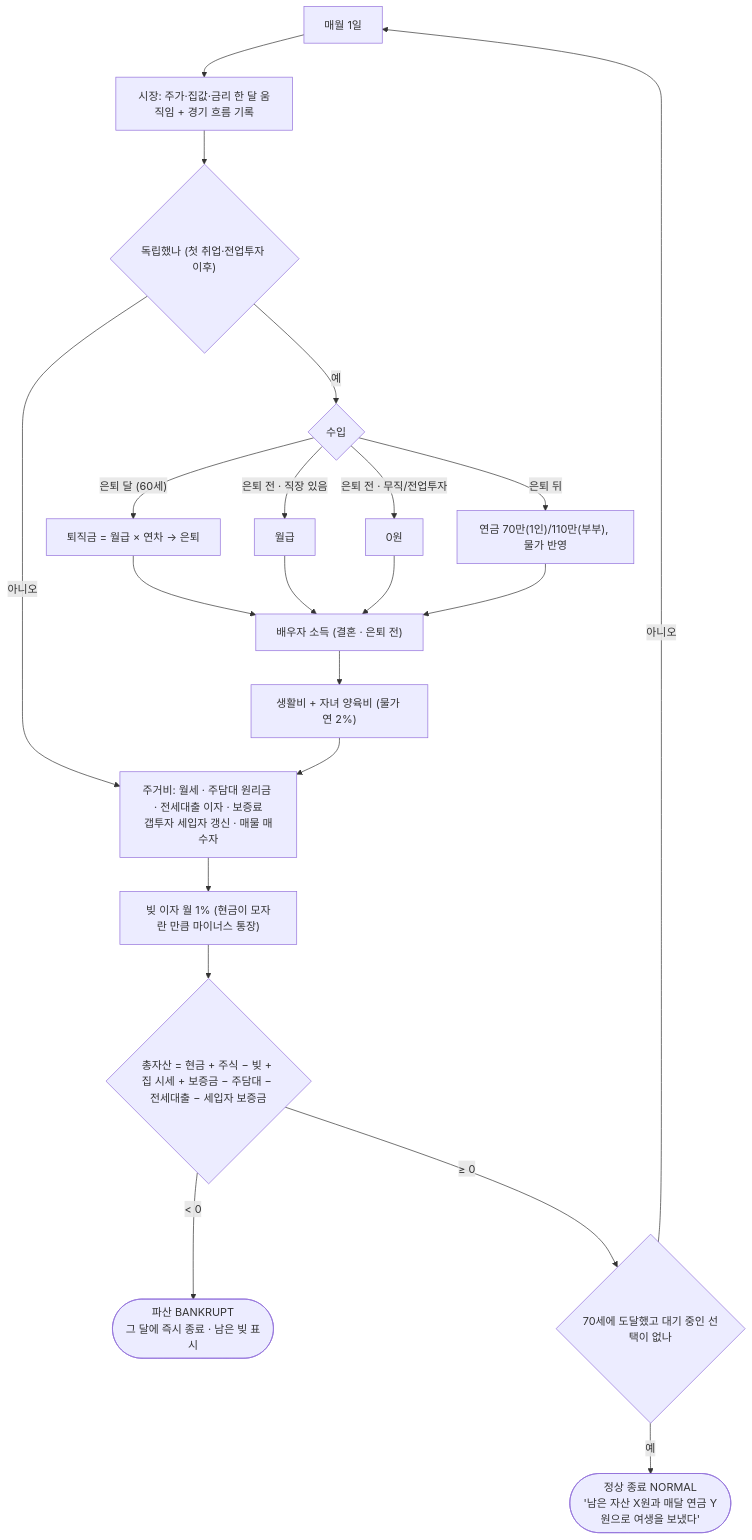
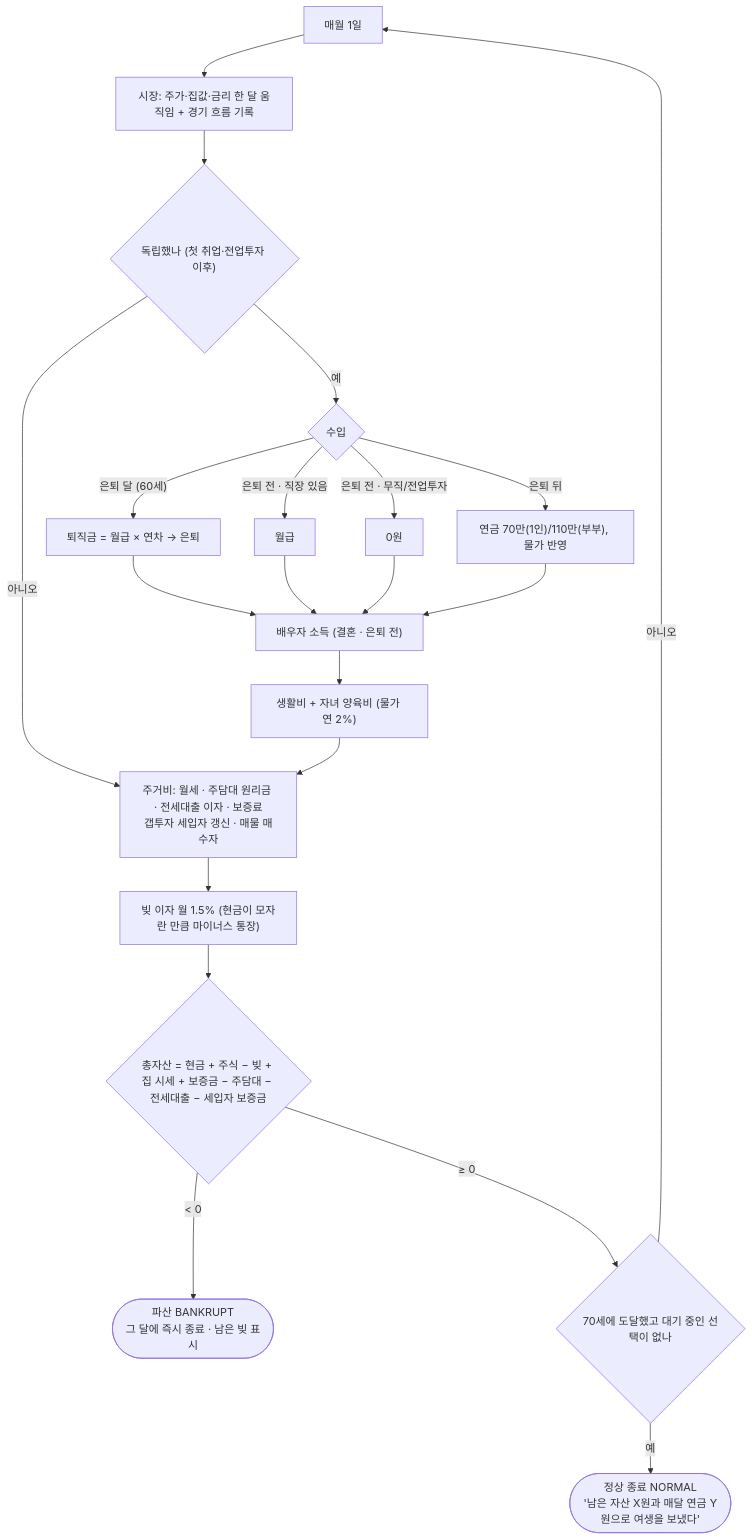
One commit to Kyunglock/Investor-game changed diagram 16 of 19 in docs/scenarios.md. Above: the diagram before and after it, drawn with Mermaid. The commit also changed other lines of this file and 4 other files, not shown here.

````diff
--- a/docs/scenarios.md
+++ b/docs/scenarios.md
@@ -498,23 +498,23 @@
 ```mermaid
 flowchart TD
     D["매월 1일"] --> MK["시장: 주가·집값·금리 한 달 움직임 + 경기 흐름 기록"]
     MK --> IND{"독립했나 (첫 취업·전업투자 이후)"}
     IND -->|"아니오"| HS
     IND -->|"예"| INC{"수입"}
     INC -->|"은퇴 달 (60세)"| SEV["퇴직금 = 월급 × 연차 → 은퇴"]
     INC -->|"은퇴 전 · 직장 있음"| SAL["월급"]
     INC -->|"은퇴 전 · 무직/전업투자"| NOI["0원"]
     INC -->|"은퇴 뒤"| PEN["연금 70만(1인)/110만(부부), 물가 반영"]
     SEV --> SP
     SAL --> SP
     NOI --> SP
     PEN --> SP
     SP["배우자 소득 (결혼 · 은퇴 전)"] --> EX["생활비 + 자녀 양육비 (물가 연 2%)"]
     EX --> HS["주거비: 월세 · 주담대 원리금 · 전세대출 이자 · 보증료<br/>갭투자 세입자 갱신 · 매물 매수자"]
-    HS --> IT["빚 이자 월 1% (현금이 모자란 만큼 마이너스 통장)"]
+    HS --> IT["빚 이자 월 1.5% (현금이 모자란 만큼 마이너스 통장)"]
     IT --> NW{"총자산 = 현금 + 주식 − 빚 + 집 시세 + 보증금 − 주담대 − 전세대출 − 세입자 보증금"}
     NW -->|"< 0"| BK(["파산 BANKRUPT<br/>그 달에 즉시 종료 · 남은 빚 표시"])
     NW -->|"≥ 0"| AGE{"70세에 도달했고 대기 중인 선택이 없나"}
     AGE -->|"예"| END(["정상 종료 NORMAL<br/>'남은 자산 X원과 매달 연금 Y원으로 여생을 보냈다'"])
     AGE -->|"아니오"| D
 ```
````
